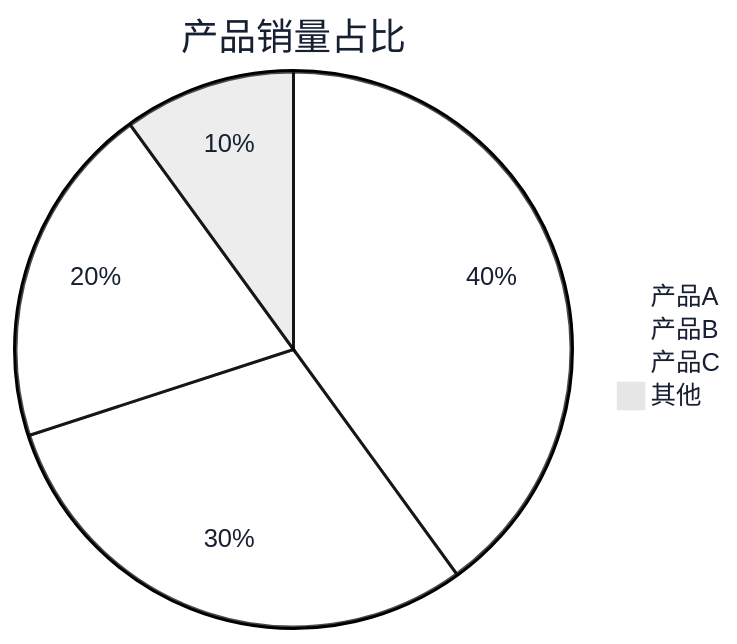
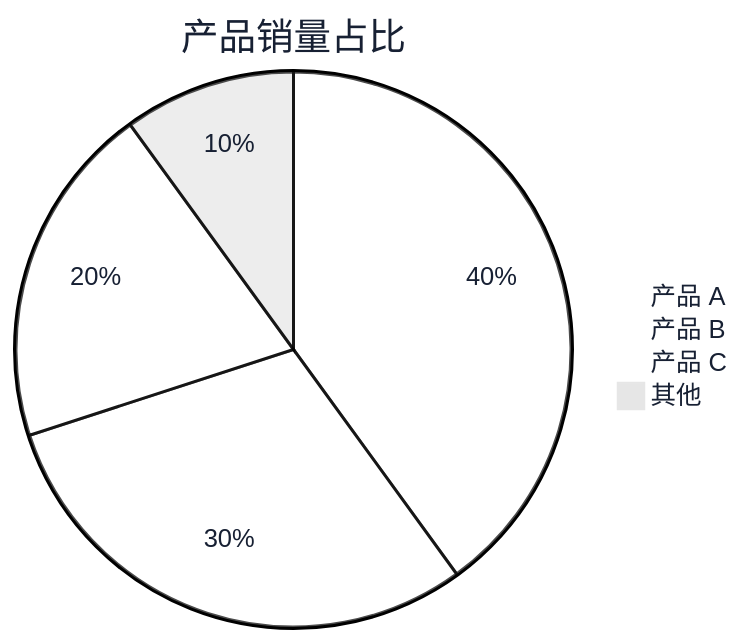
The diagram in .opencode/skills/mermaid-gen/examples/pie-chart.md (BeWaterMyFriend7/SKILL-PROJECT), drawn with Mermaid before and after one commit. The commit also changed other lines of this file and 39 other files, not shown here.

First line of the commit message:
优化 mermaid-gen 生成流程与校验能力

````diff
--- a/.opencode/skills/mermaid-gen/examples/pie-chart.md
+++ b/.opencode/skills/mermaid-gen/examples/pie-chart.md
@@ -5,9 +5,9 @@
 ```mermaid
 %%{init: {"theme":"base","themeVariables":{"fontFamily":"Inter, Noto Sans SC, Microsoft YaHei, sans-serif","primaryColor":"#FFFFFF","primaryBorderColor":"#2563EB","primaryTextColor":"#172033","lineColor":"#64748B","background":"#F6F8FB"}}}%%
 pie
     title 产品销量占比
-    "产品A" : 40
-    "产品B" : 30
-    "产品C" : 20
+    "产品 A" : 40
+    "产品 B" : 30
+    "产品 C" : 20
     "其他" : 10
 ```
````
